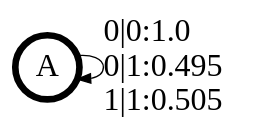
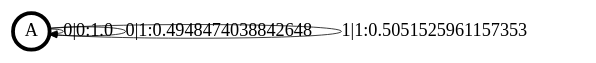
One commit to ddarmon/transCSSR changed the diagram in transCSSR_results/Xt_z-channel+Yt_z-channel.dot. Above: the diagram before and after it, drawn with Graphviz. The commit also changed 15 other files, not shown here.

```diff
--- a/transCSSR_results/Xt_z-channel+Yt_z-channel.dot
+++ b/transCSSR_results/Xt_z-channel+Yt_z-channel.dot
@@ -1,13 +1,15 @@
 digraph  {
 size = "6,8.5";
 ratio = "fill";
 node
 [shape = circle];
 node [fontsize = 24];
 node [penwidth = 5];
 edge [fontsize = 24];
 node [fontname = "CMU Serif Roman"];
 graph [fontname = "CMU Serif Roman"];
 edge [fontname = "CMU Serif Roman"];
-A -> A [label = "0|0:1.0\l0|1:0.495\l1|1:0.505\l"];
+A -> A [label = "0|0:1.0\l"];
+A -> A [label = "0|1:0.4948474038842648\l"];
+A -> A [label = "1|1:0.5051525961157353\l"];
 }
```
